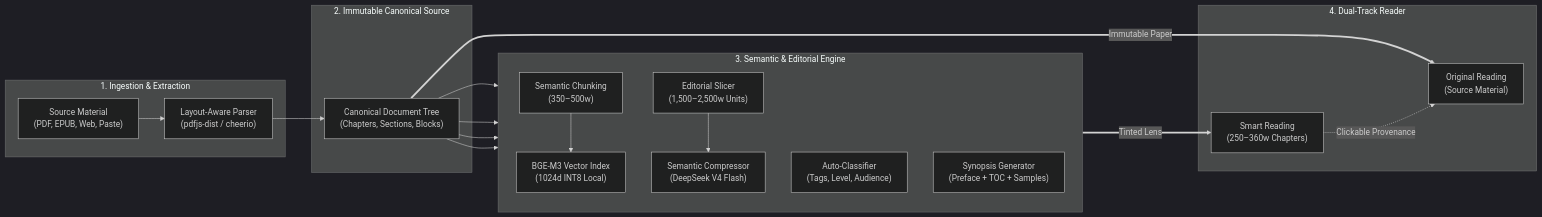
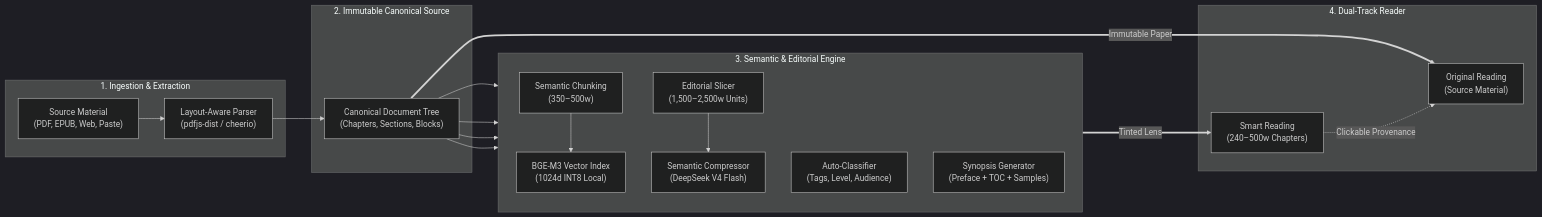
One commit to avengersvstheflash/Smart-Reader changed the diagram in README.md. Above: the diagram before and after it, drawn with Mermaid (dark theme). The commit also changed other lines of this file and 3 other files, not shown here.

````diff
--- a/README.md
+++ b/README.md
@@ -110,34 +110,34 @@
 ```mermaid
 flowchart LR
     subgraph INGESTION [" 1. Ingestion & Extraction "]
         RawDoc["Source Material\n(PDF, EPUB, Web, Paste)"]
         Parser["Layout-Aware Parser\n(pdfjs-dist / cheerio)"]
         RawDoc --> Parser
     end
 
     subgraph CANONICAL [" 2. Immutable Canonical Source "]
         Canon["Canonical Document Tree\n(Chapters, Sections, Blocks)"]
         Parser --> Canon
     end
 
     subgraph PIPELINE [" 3. Semantic & Editorial Engine "]
         direction TB
         Chunker["Semantic Chunking\n(350–500w)"]
         Embedder["BGE-M3 Vector Index\n(1024d INT8 Local)"]
         Classifier["Auto-Classifier\n(Tags, Level, Audience)"]
         Synopsis["Synopsis Generator\n(Preface + TOC + Samples)"]
         Planner["Editorial Slicer\n(1,500–2,500w Units)"]
         Compressor["Semantic Compressor\n(DeepSeek V4 Flash)"]
 
         Canon --> Chunker --> Embedder
         Canon --> Classifier
         Canon --> Synopsis
         Canon --> Planner --> Compressor
     end
 
     subgraph PRESENTATION [" 4. Dual-Track Reader "]
         Canon ===>|"Immutable Paper"| OrigReading["Original Reading\n(Source Material)"]
-        Compressor ===>|"Tinted Lens"| SmartReading["Smart Reading\n(250–360w Chapters)"]
+        Compressor ===>|"Tinted Lens"| SmartReading["Smart Reading\n(240–500w Chapters)"]
         SmartReading -.->|"Clickable Provenance"| OrigReading
     end
 ```
````
